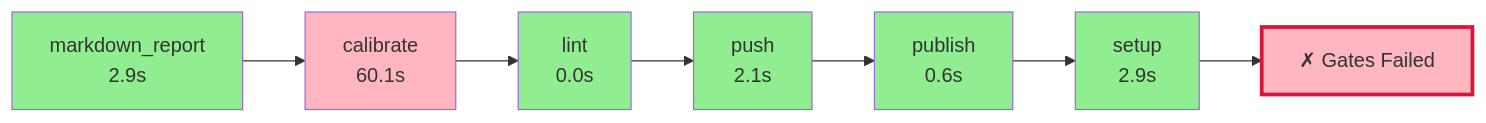
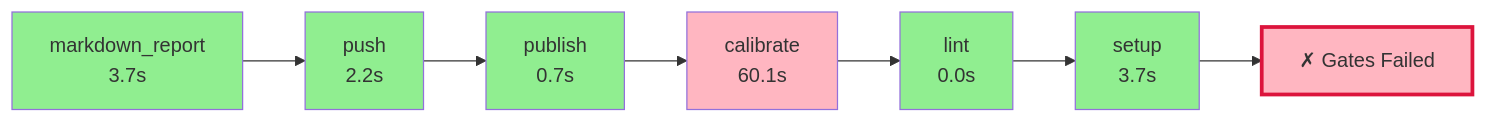
The diagram in .pyqual/report.md (wronai/fixos), drawn with Mermaid before and after one commit. The commit also changed other lines of this file and 2 other files, not shown here.

````diff
--- a/.pyqual/report.md
+++ b/.pyqual/report.md
@@ -10,23 +10,23 @@
 ```mermaid
 flowchart LR
-    S0["markdown_report<br/>2.9s"]
+    S0["markdown_report<br/>3.7s"]
     style S0 fill:#90EE90
-    S1["calibrate<br/>60.1s"]
-    style S1 fill:#FFB6C1
+    S1["push<br/>2.2s"]
+    style S1 fill:#90EE90
     S0 --> S1
-    S2["lint<br/>0.0s"]
+    S2["publish<br/>0.7s"]
     style S2 fill:#90EE90
     S1 --> S2
-    S3["push<br/>2.1s"]
-    style S3 fill:#90EE90
+    S3["calibrate<br/>60.1s"]
+    style S3 fill:#FFB6C1
     S2 --> S3
-    S4["publish<br/>0.6s"]
+    S4["lint<br/>0.0s"]
     style S4 fill:#90EE90
     S3 --> S4
-    S5["setup<br/>2.9s"]
+    S5["setup<br/>3.7s"]
     style S5 fill:#90EE90
     S4 --> S5
     G["✗ Gates Failed"]
     style G fill:#FFB6C1,stroke:#DC143C,stroke-width:3px
     S5 --> G
 ```
````
